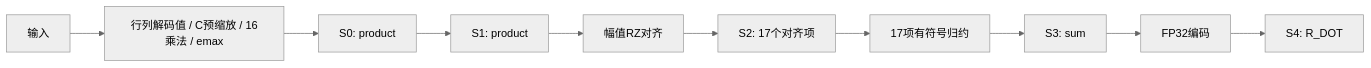
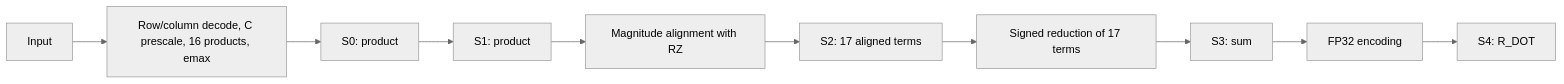
One commit to yuhin777/Allegro changed the diagram in doc/rtl_specs/dot/blackwell_f16tf32_dot.md. Above: the diagram before and after it, drawn with Mermaid (neutral theme). The commit also changed other lines of this file and 45 other files, not shown here.

````diff
--- a/doc/rtl_specs/dot/blackwell_f16tf32_dot.md
+++ b/doc/rtl_specs/dot/blackwell_f16tf32_dot.md
@@ -12,12 +12,12 @@
 ```mermaid
 flowchart LR
-  A[输入] --> C[行列解码值 / C预缩放 / 16乘法 / emax]
+  A["Input"] --> C["Row/column decode, C prescale, 16 products, emax"]
   C --> S0[S0: product]
   S0 --> S1[S1: product]
-  S1 --> AL[幅值RZ对齐]
-  AL --> S2[S2: 17个对齐项]
-  S2 --> RT[17项有符号归约]
+  S1 --> AL["Magnitude alignment with RZ"]
+  AL --> S2["S2: 17 aligned terms"]
+  S2 --> RT["Signed reduction of 17 terms"]
   RT --> S3[S3: sum]
-  S3 --> PK[FP32编码]
+  S3 --> PK["FP32 encoding"]
   PK --> S4[S4: R_DOT]
 ```
````
